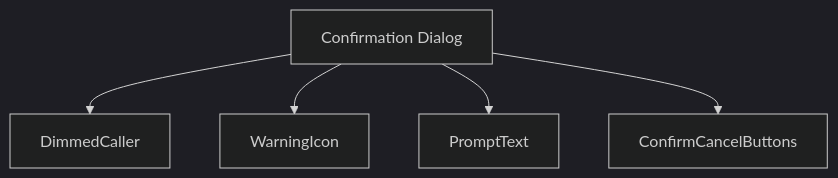
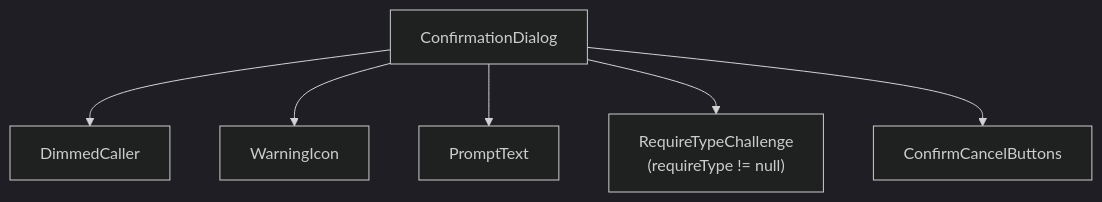
One commit to SunaNoOshiro/Heroes_Reforged_AI_Realms changed the first of 6 diagrams in docs/architecture/wiki/screens/60-confirmation-dialog/architecture.md. Above: the diagram before and after it, drawn with Mermaid (dark theme). The commit also changed other lines of this file and 518 other files, not shown here.

First line of the commit message:
Add doc-audit skill and sweep architecture/screen docs

````diff
--- a/docs/architecture/wiki/screens/60-confirmation-dialog/architecture.md
+++ b/docs/architecture/wiki/screens/60-confirmation-dialog/architecture.md
@@ -16,12 +20,14 @@
 ```mermaid
 flowchart TD
-  Root["Confirmation Dialog"]
+  Root["ConfirmationDialog"]
   C0["DimmedCaller"]
   Root --> C0
   C1["WarningIcon"]
   Root --> C1
   C2["PromptText"]
   Root --> C2
-  C3["ConfirmCancelButtons"]
+  C3["RequireTypeChallenge<br/>(requireType != null)"]
   Root --> C3
+  C4["ConfirmCancelButtons"]
+  Root --> C4
 ```
````
